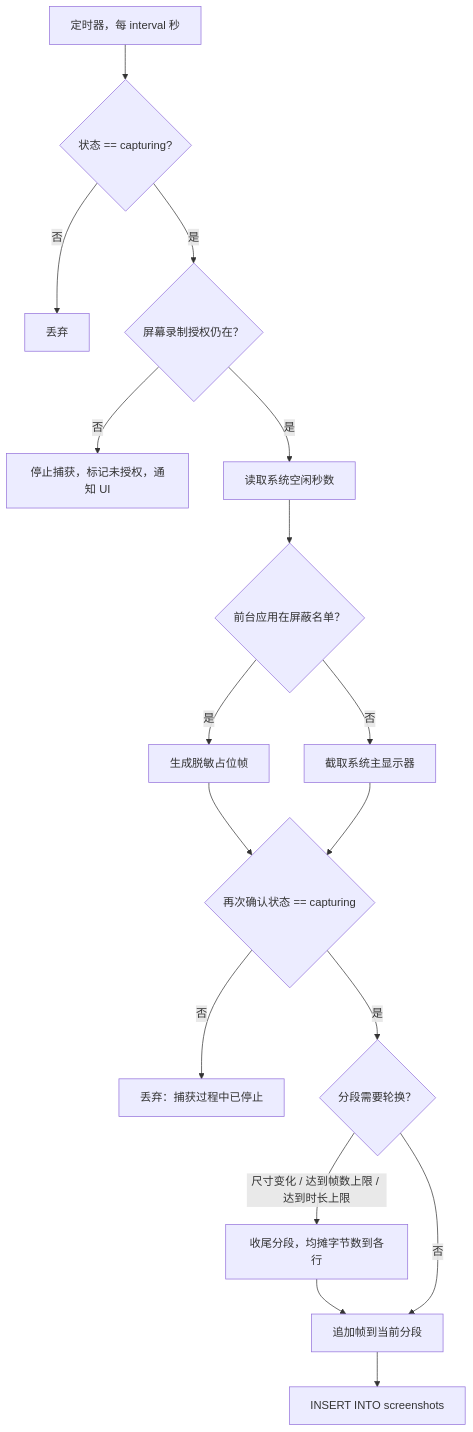
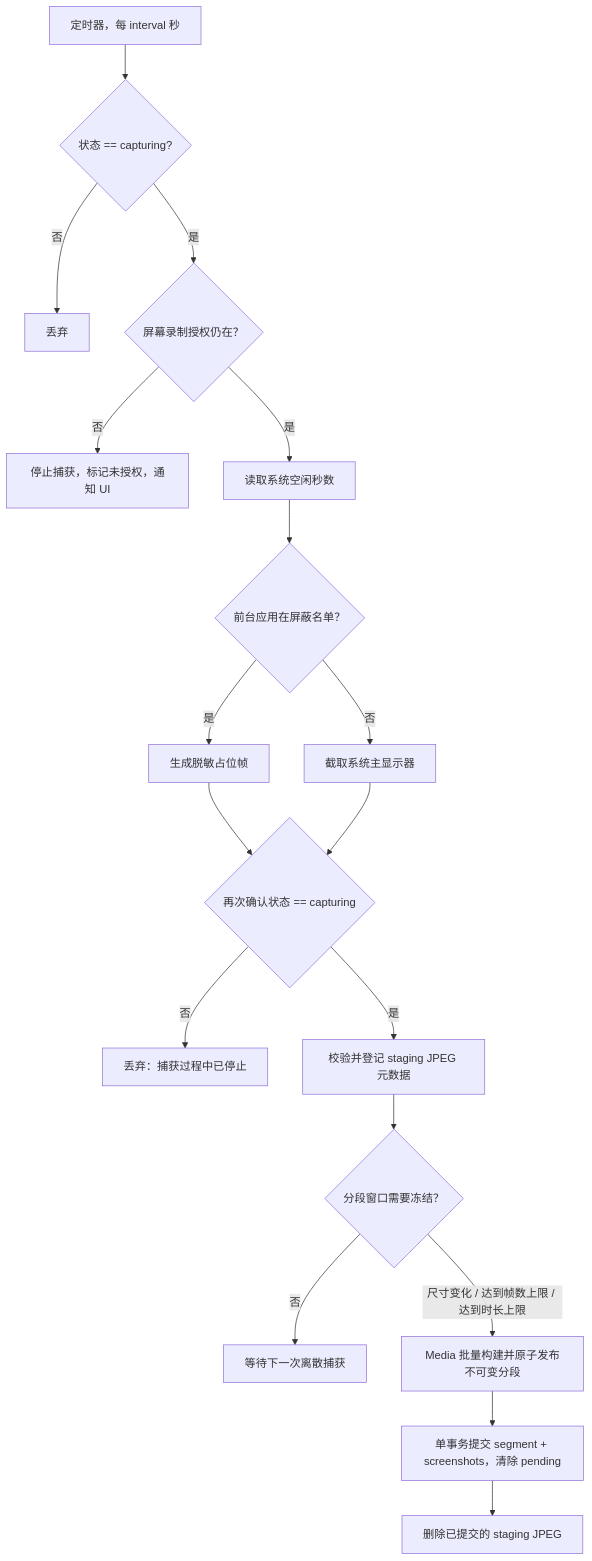
Before and after one commit to Jwz-git/Daygo: the first of 4 diagrams in docs/04-data-flow.md, drawn with Mermaid. The commit also changed other lines of this file and 25 other files, not shown here.

````diff
--- a/docs/04-data-flow.md
+++ b/docs/04-data-flow.md
@@ -13,19 +13,20 @@
 ```mermaid
 flowchart TD
     A["定时器，每 interval 秒"] --> B{"状态 == capturing?"}
     B -->|否| Z1["丢弃"]
     B -->|是| C{"屏幕录制授权仍在？"}
     C -->|否| Z2["停止捕获，标记未授权，通知 UI"]
     C -->|是| D["读取系统空闲秒数"]
     D --> E{"前台应用在屏蔽名单？"}
     E -->|是| F["生成脱敏占位帧"]
     E -->|否| G["截取系统主显示器"]
     F --> I
     G --> I{"再次确认状态 == capturing"}
     I -->|否| Z3["丢弃：捕获过程中已停止"]
-    I -->|是| J{"分段需要轮换？"}
-    J -->|"尺寸变化 / 达到帧数上限 / 达到时长上限"| K["收尾分段，均摊字节数到各行"]
-    K --> L
-    J -->|否| L["追加帧到当前分段"]
-    L --> M["INSERT INTO screenshots"]
+    I -->|是| J["校验并登记 staging JPEG 元数据"]
+    J --> K{"分段窗口需要冻结？"}
+    K -->|否| Z4["等待下一次离散捕获"]
+    K -->|"尺寸变化 / 达到帧数上限 / 达到时长上限"| L["Media 批量构建并原子发布不可变分段"]
+    L --> M["单事务提交 segment + screenshots，清除 pending"]
+    M --> N["删除已提交的 staging JPEG"]
 ```
````
